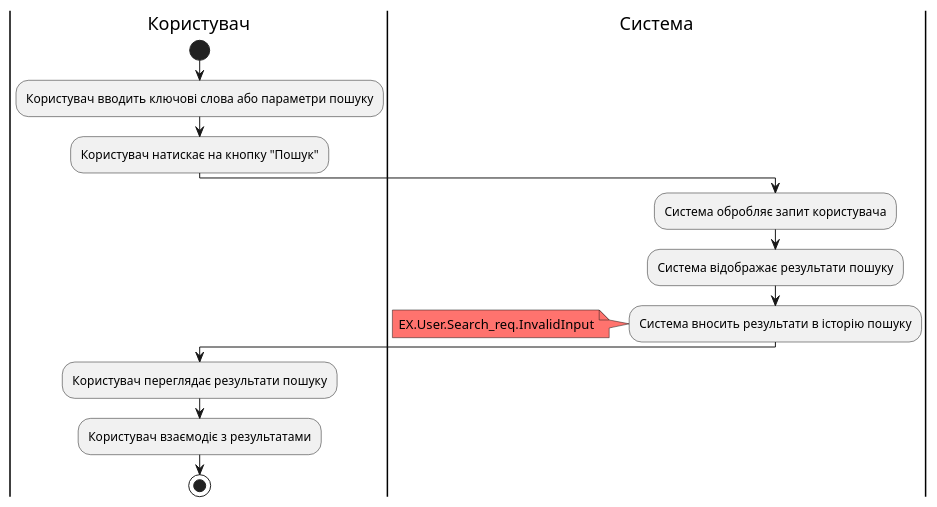
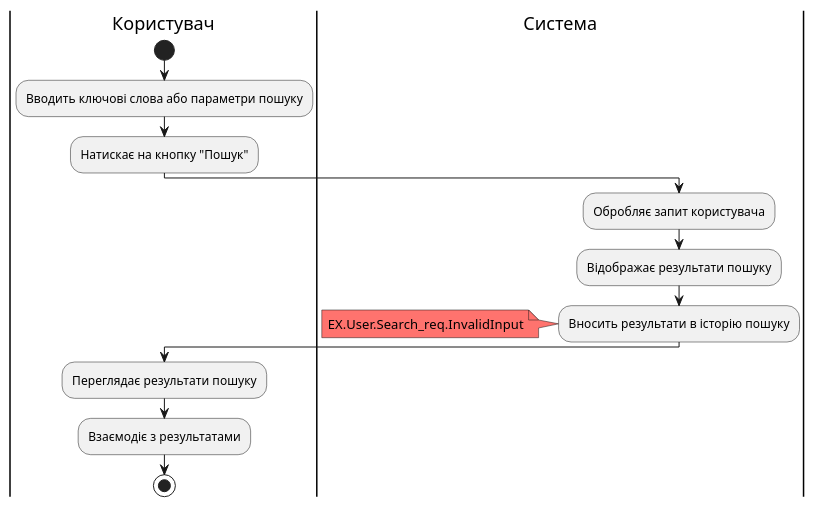
One commit to nonGratis/retarder-io-23-3 changed the seventh of 11 diagrams in docs/use cases/README.md. Above: the diagram before and after it, drawn with PlantUML. The commit also changed other lines of this file, not shown here.

Commit message:
UML content correction

````diff
--- a/docs/use cases/README.md
+++ b/docs/use cases/README.md
@@ -254,19 +253,19 @@
 ```plantuml
 @startuml
 |Користувач|
     start
-    :Користувач вводить ключові слова або параметри пошуку;
-    :Користувач натискає на кнопку "Пошук";
+    :Вводить ключові слова або параметри пошуку;
+    :Натискає на кнопку "Пошук";
 |Система|
-    :Система обробляє запит користувача;
-    :Система відображає результати пошуку;
-    :Система вносить результати в історію пошуку;
-    note left #FF736E
-    EX.User.Search_req.InvalidInput
-    end note
+    :Обробляє запит користувача;
+    :Відображає результати пошуку;
+    :Вносить результати в історію пошуку;
+        note left #FF736E
+            EX.User.Search_req.InvalidInput
+        end note
 |Користувач|
-    :Користувач переглядає результати пошуку;
-    :Користувач взаємодіє з результатами;
+    :Переглядає результати пошуку;
+    :Взаємодіє з результатами;
     stop;
 @enduml
 ```
````
